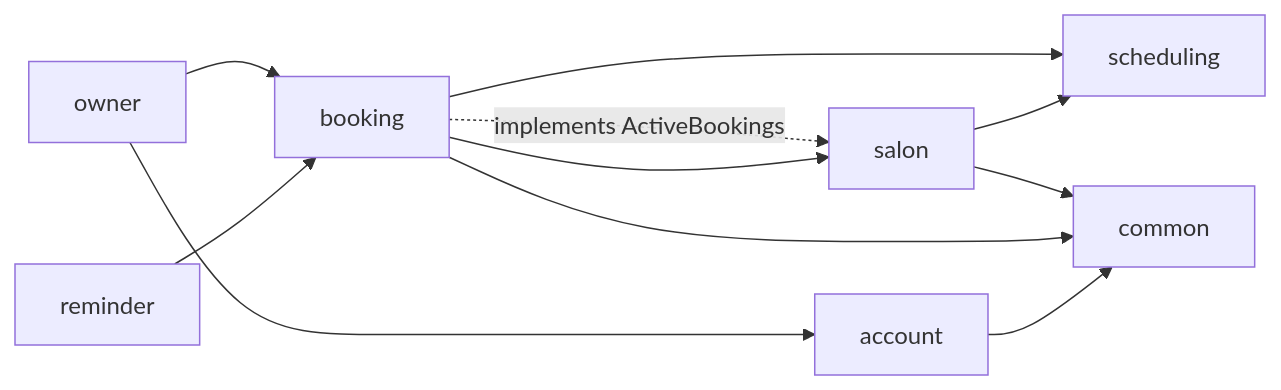
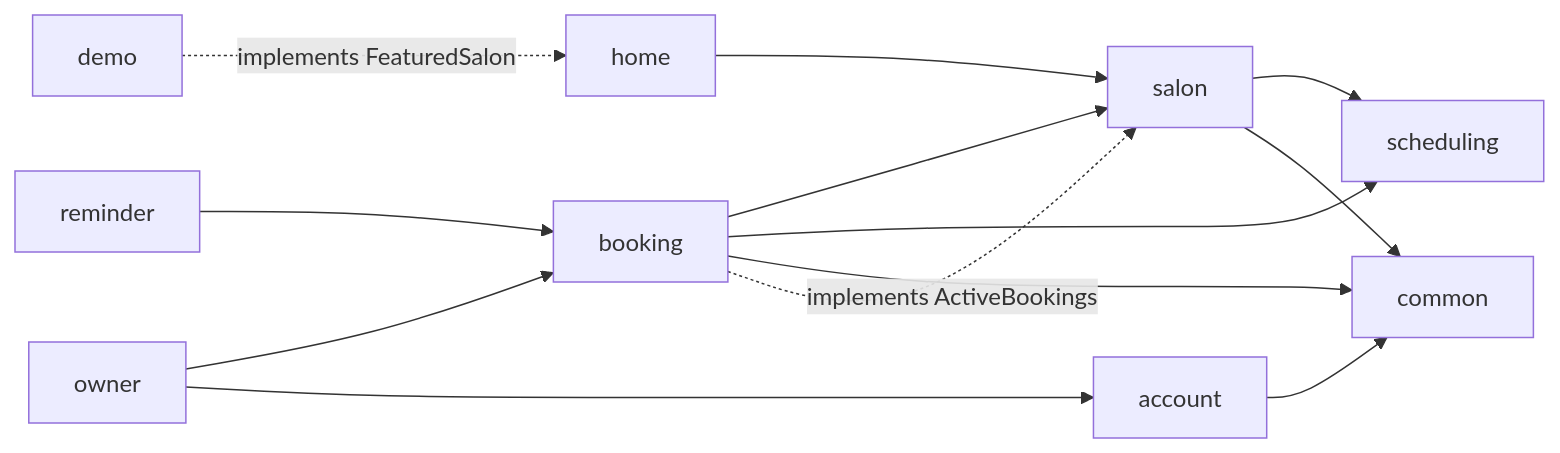
One commit to afunemma/salon-booking-api changed the second of 4 diagrams in README.md. Above: the diagram before and after it, drawn with Mermaid. The commit also changed other lines of this file and 9 other files, not shown here.

````diff
--- a/README.md
+++ b/README.md
@@ -90,12 +91,14 @@
 ```mermaid
 flowchart LR
     reminder --> booking
+    home --> salon
+    demo -. "implements FeaturedSalon" .-> home
     owner --> booking
     owner --> account
     booking --> salon --> scheduling
     booking --> scheduling
     account --> common
     booking --> common
     salon --> common
     booking -. "implements ActiveBookings" .-> salon
 ```
````
